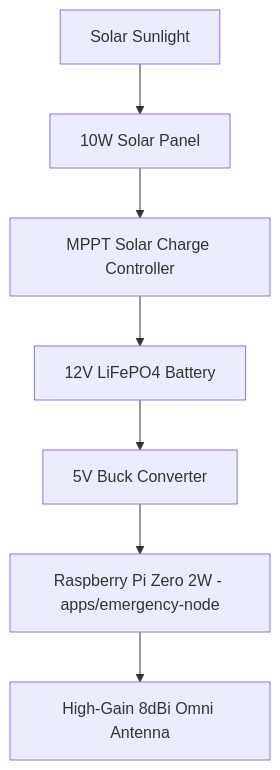
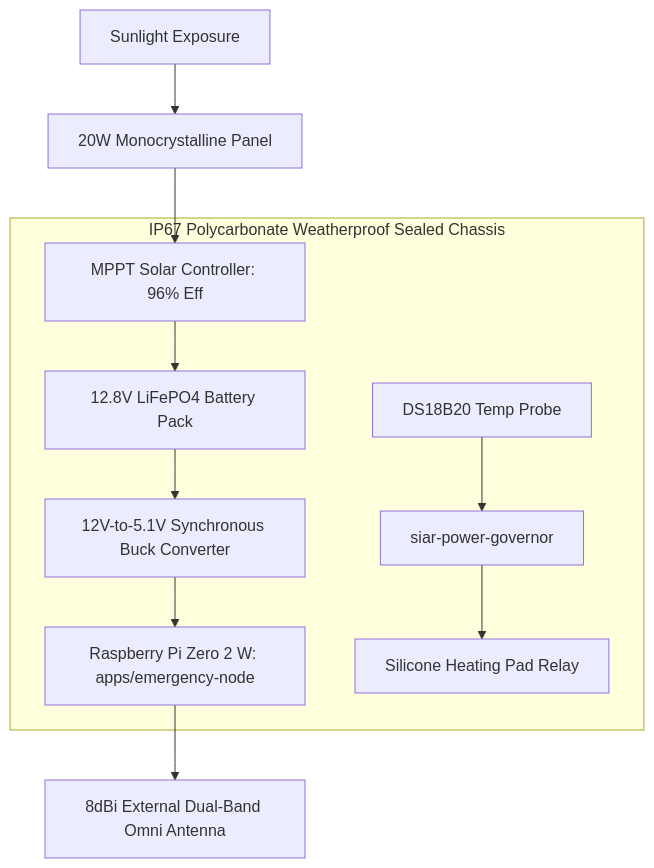
The diagram in wiki/23-Off-Grid-Survival-and-Field-Operations-Guide.md (irshadali5/siar), drawn with Mermaid before and after one commit. The commit also changed other lines of this file, not shown here.

````diff
--- a/wiki/23-Off-Grid-Survival-and-Field-Operations-Guide.md
+++ b/wiki/23-Off-Grid-Survival-and-Field-Operations-Guide.md
@@ -42,9 +130,18 @@
 ```mermaid
 graph TD
-    Sun[Solar Sunlight] --> Panel[10W Solar Panel]
-    Panel --> MPPT[MPPT Solar Charge Controller]
-    MPPT --> Battery[12V LiFePO4 Battery]
-    Battery --> Buck[5V Buck Converter]
-    Buck --> Pi[Raspberry Pi Zero 2W - apps/emergency-node]
-    Pi --> Antenna[High-Gain 8dBi Omni Antenna]
+    Sun[Sunlight Exposure] --> Solar[20W Monocrystalline Panel]
+    Solar --> MPPT[MPPT Solar Controller: 96% Eff]
+    MPPT --> Battery[12.8V LiFePO4 Battery Pack]
+    Battery --> Buck[12V-to-5.1V Synchronous Buck Converter]
+    Buck --> PiZero[Raspberry Pi Zero 2 W: apps/emergency-node]
+    PiZero --> Antenna[8dBi External Dual-Band Omni Antenna]
+    
+    subgraph IP67Enclosure["IP67 Polycarbonate Weatherproof Sealed Chassis"]
+        MPPT
+        Battery
+        Buck
+        PiZero
+        TempSensor[DS18B20 Temp Probe] --> PowerGov[siar-power-governor]
+        PowerGov --> Relay[Silicone Heating Pad Relay]
+    end
 ```
````
